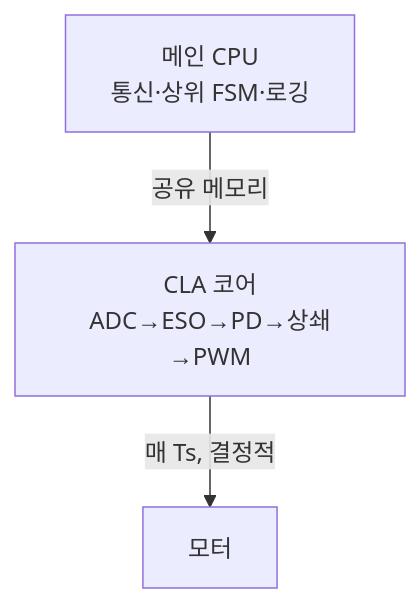
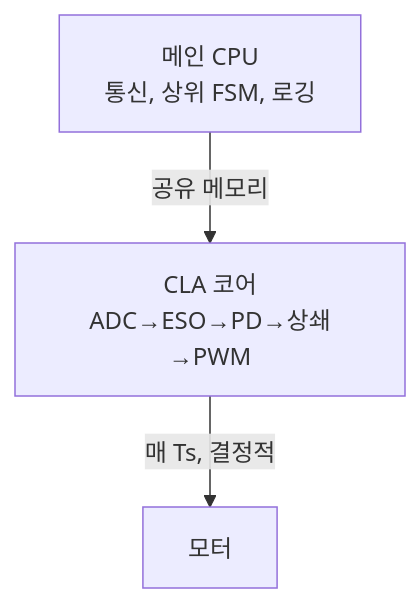
Before and after one commit to genie4youu/genie4youu.github.io: the diagram in _posts/adrc/2026-07-21-16-cla-accelerator.md, drawn with Mermaid. The commit also changed other lines of this file and 100 other files, not shown here.

````diff
--- a/_posts/adrc/2026-07-21-16-cla-accelerator.md
+++ b/_posts/adrc/2026-07-21-16-cla-accelerator.md
@@ -47,5 +47,5 @@
 ```mermaid
 flowchart TB
-    CPU["메인 CPU<br/>통신·상위 FSM·로깅"] -->|공유 메모리| CLA["CLA 코어<br/>ADC→ESO→PD→상쇄→PWM"]
+    CPU["메인 CPU<br/>통신, 상위 FSM, 로깅"] -->|공유 메모리| CLA["CLA 코어<br/>ADC→ESO→PD→상쇄→PWM"]
     CLA -->|매 Ts, 결정적| M["모터"]
 ```
````
